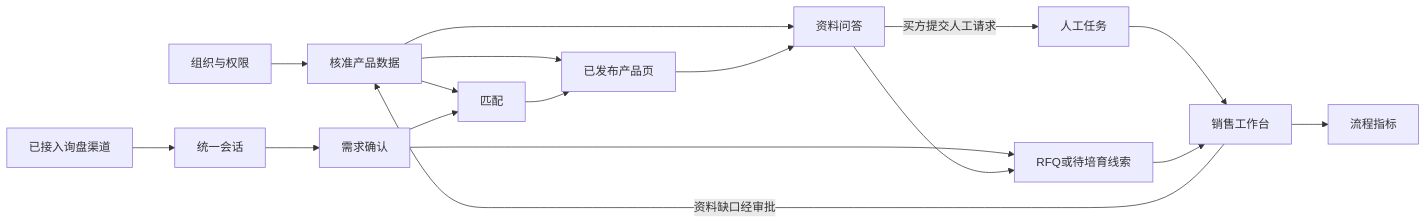
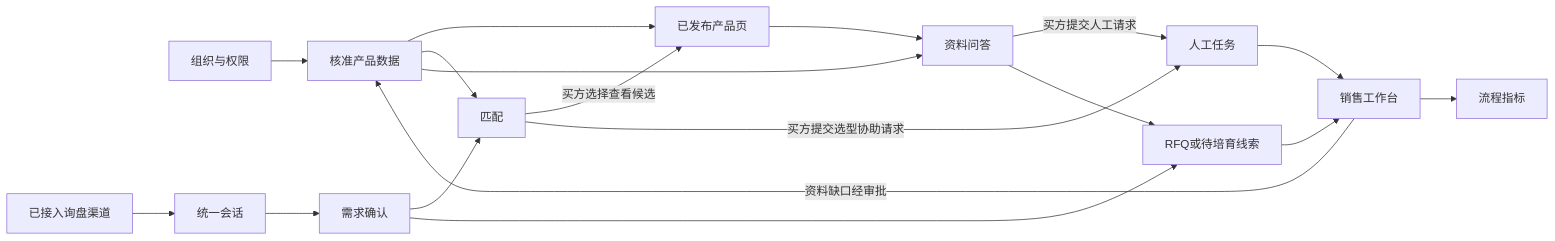
One commit to JiahaoShang/blinking-CB-water-pump-saas changed the diagram in docs/V1-完整功能开发需求文档.md. Above: the diagram before and after it, drawn with Mermaid. The commit also changed other lines of this file and 4 other files, not shown here.

````diff
--- a/docs/V1-完整功能开发需求文档.md
+++ b/docs/V1-完整功能开发需求文档.md
@@ -37,19 +37,20 @@
 ```mermaid
 flowchart LR
   Org[组织与权限] --> Data[核准产品数据]
   Data --> Page[已发布产品页]
   Data --> Match[匹配]
   Data --> QA[资料问答]
   Channels[已接入询盘渠道] --> Inbox[统一会话]
   Inbox --> Req[需求确认]
   Req --> Match
-  Match --> Page
+  Match -- 买方选择查看候选 --> Page
+  Match -- 买方提交选型协助请求 --> Tasks
   Page --> QA
   QA -- 买方提交人工请求 --> Tasks[人工任务]
   Req --> RFQ[RFQ或待培育线索]
   QA --> RFQ
   Tasks --> Desk[销售工作台]
   RFQ --> Desk
   Desk --> Metrics[流程指标]
   Desk -- 资料缺口经审批 --> Data
 ```
````
